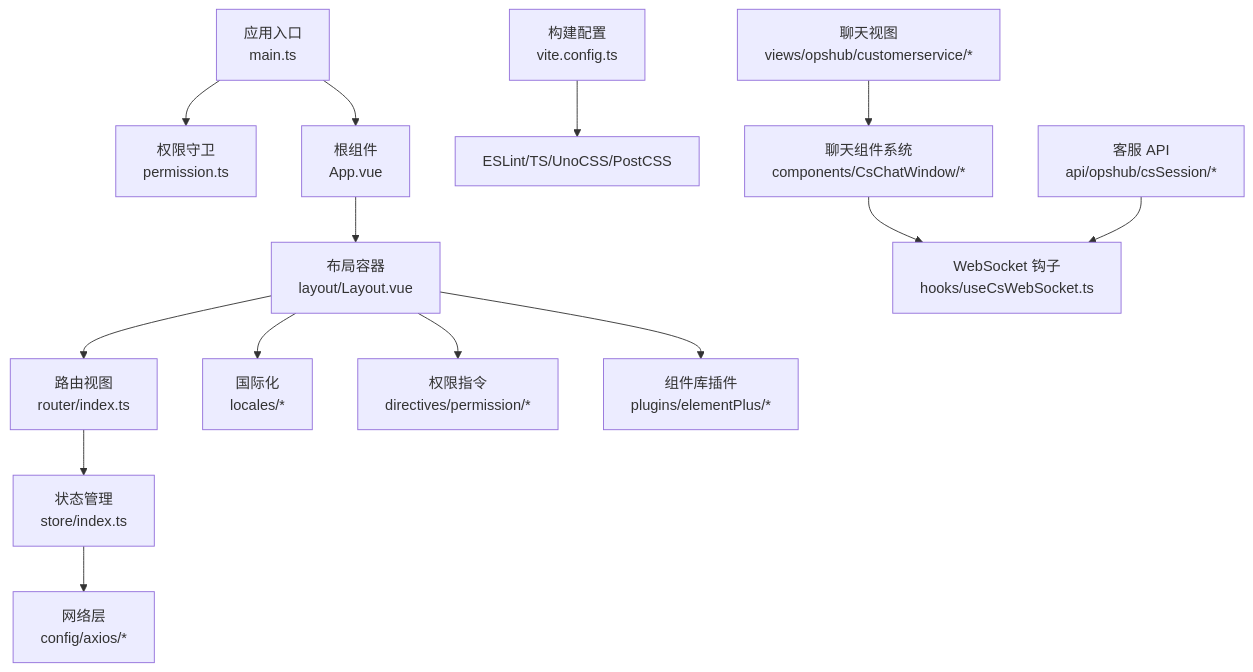
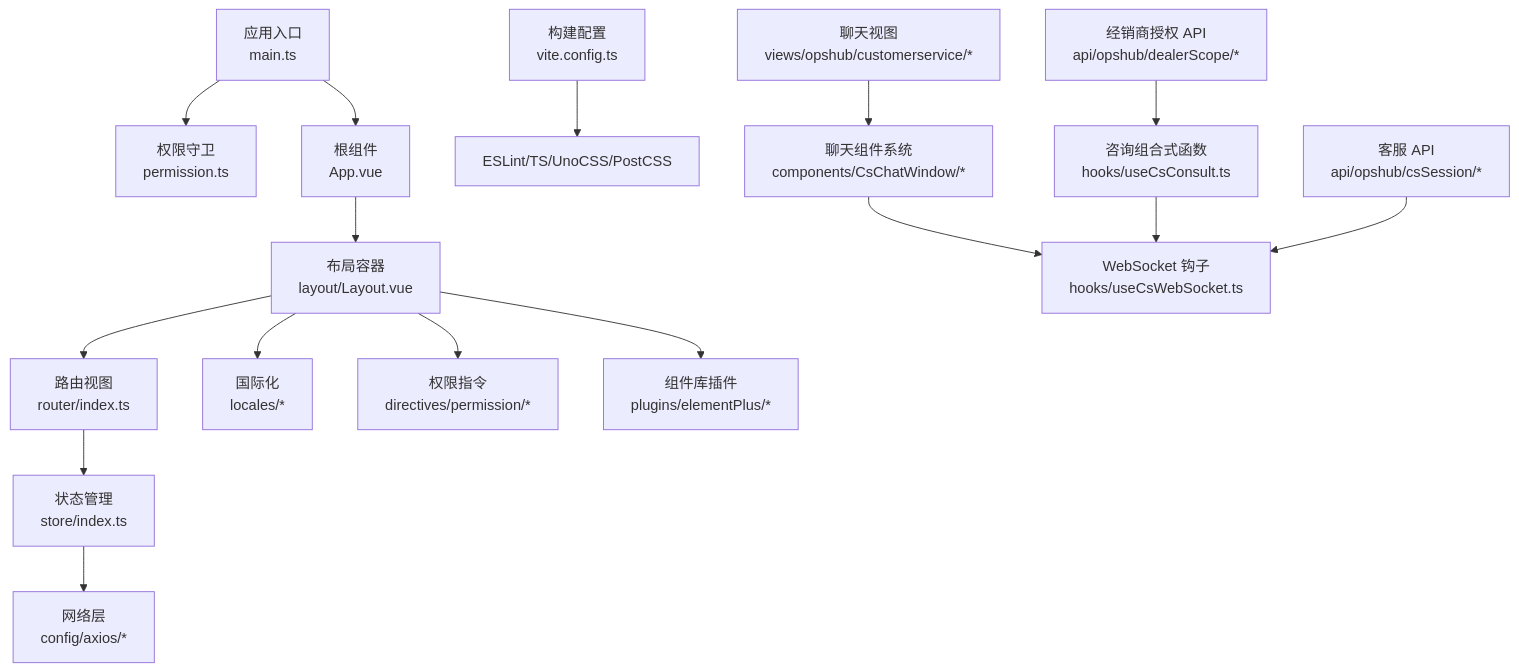
One commit to xiaoche80s-tech/rouyi-vue-pro changed the first of 10 diagrams in .qoder/repowiki/zh/content/前端架构/前端架构.md. Above: the diagram before and after it, drawn with Mermaid. The commit also changed other lines of this file and 977 other files, not shown here.

````diff
--- a/.qoder/repowiki/zh/content/前端架构/前端架构.md
+++ b/.qoder/repowiki/zh/content/前端架构/前端架构.md
@@ -76,16 +84,18 @@
 ```mermaid
 graph TB
 A["应用入口<br/>main.ts"] --> B["权限守卫<br/>permission.ts"]
 A --> C["根组件<br/>App.vue"]
 C --> D["布局容器<br/>layout/Layout.vue"]
 D --> E["路由视图<br/>router/index.ts"]
 E --> F["状态管理<br/>store/index.ts"]
 F --> G["网络层<br/>config/axios/*"]
 D --> H["国际化<br/>locales/*"]
 D --> I["权限指令<br/>directives/permission/*"]
 D --> J["组件库插件<br/>plugins/elementPlus/*"]
 K["构建配置<br/>vite.config.ts"] --> L["ESLint/TS/UnoCSS/PostCSS"]
 M["聊天组件系统<br/>components/CsChatWindow/*"] --> N["WebSocket 钩子<br/>hooks/useCsWebSocket.ts"]
-O["客服 API<br/>api/opshub/csSession/*"] --> N
-P["聊天视图<br/>views/opshub/customerservice/*"] --> M
+O["咨询组合式函数<br/>hooks/useCsConsult.ts"] --> N
+P["客服 API<br/>api/opshub/csSession/*"] --> N
+Q["经销商授权 API<br/>api/opshub/dealerScope/*"] --> O
+R["聊天视图<br/>views/opshub/customerservice/*"] --> M
 ```
````
